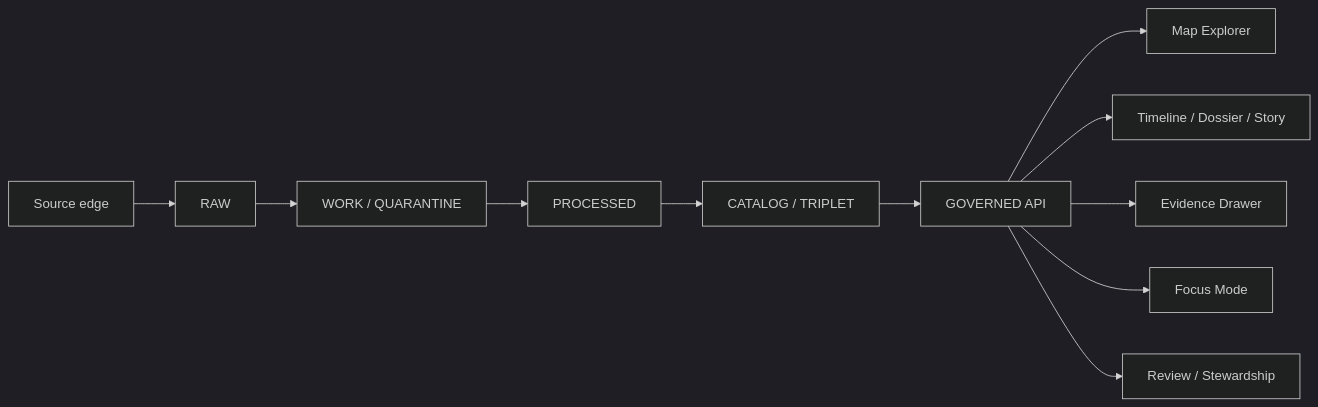
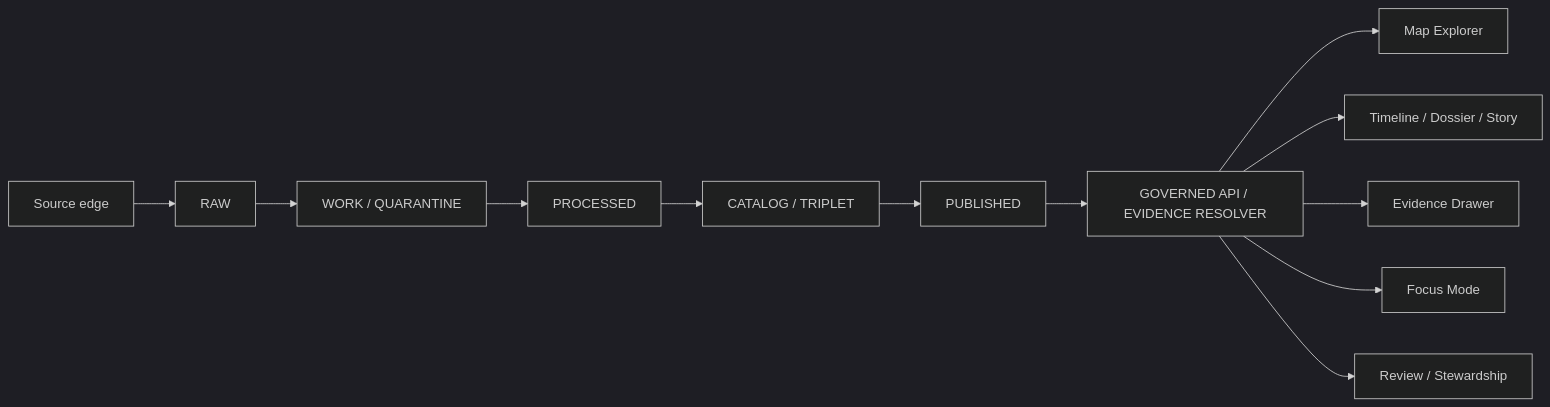
One commit to bartytime4life/Kansas-Frontier-Matrix changed the diagram in README.md. Above: the diagram before and after it, drawn with Mermaid (dark theme). The commit also changed other lines of this file, not shown here.

````diff
--- a/README.md
+++ b/README.md
@@ -304,13 +310,14 @@
 ```mermaid
 flowchart LR
     A[Source edge] --> B[RAW]
     B --> C[WORK / QUARANTINE]
     C --> D[PROCESSED]
     D --> E[CATALOG / TRIPLET]
-    E --> F[GOVERNED API]
-    F --> G[Map Explorer]
-    F --> H[Timeline / Dossier / Story]
-    F --> I[Evidence Drawer]
-    F --> J[Focus Mode]
-    F --> K[Review / Stewardship]
+    E --> F[PUBLISHED]
+    F --> G[GOVERNED API / EVIDENCE RESOLVER]
+    G --> H[Map Explorer]
+    G --> I[Timeline / Dossier / Story]
+    G --> J[Evidence Drawer]
+    G --> K[Focus Mode]
+    G --> L[Review / Stewardship]
 ```
````
